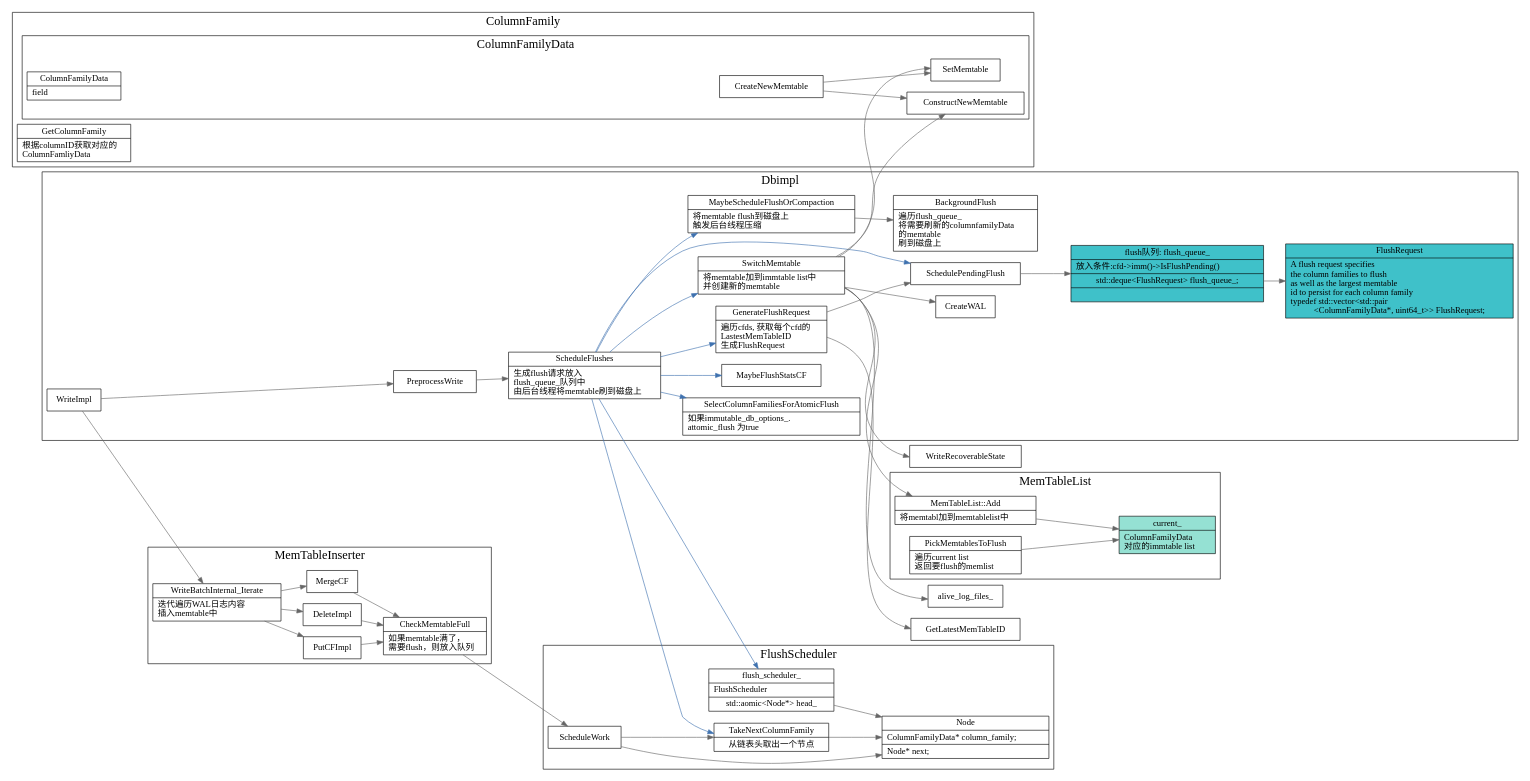
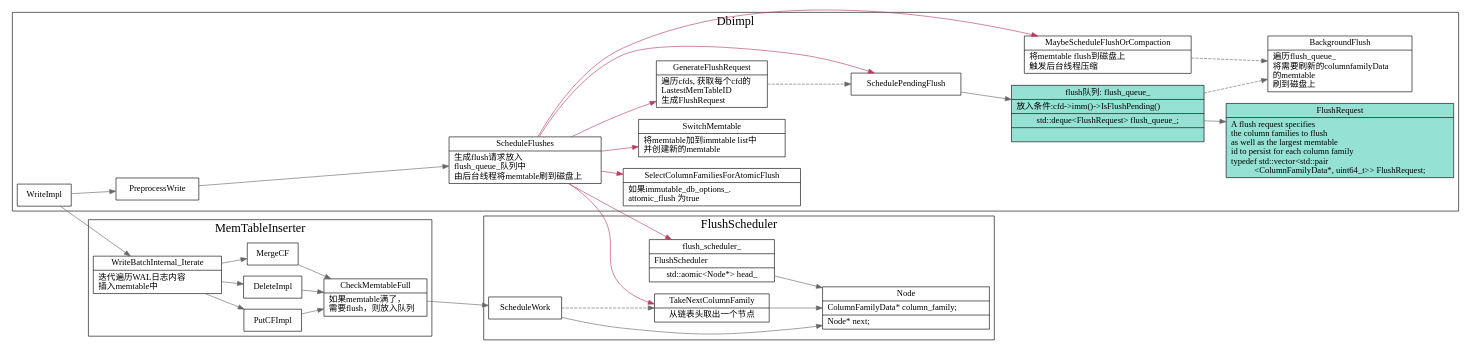
One commit to xieyu/blog changed the diagram in src/rocksdb/flush_queue_put_detail.dot. Above: the diagram before and after it, drawn with Graphviz. The commit also changed 24 other files, not shown here.

```diff
--- a/src/rocksdb/flush_queue_put_detail.dot
+++ b/src/rocksdb/flush_queue_put_detail.dot
@@ -16,12 +16,11 @@
     FlushScheduler;
     SelectColumnFamiliesForAtomicFlush;
     TakeNextColumnFamily;
-    MaybeFlushStatsCF;
     SwitchMemtable;
     GenerateFlushRequest;
     SchedulePendingFlush;
     MaybeScheduleFlushOrCompaction;
-  }[color="#3f72af"]
+  }[color="#b83b5e"]
 
   SelectColumnFamiliesForAtomicFlush[shape="record";
     label="{{
@@ -42,7 +41,6 @@
       生成FlushRequest\l
     }}";
   ];
-  GenerateFlushRequest -> GetLatestMemTableID;
   {
     edge[style=dashed;color=gray40];
   }
@@ -56,42 +54,6 @@
       并创建新的memtable\l
     }}";
   ];
-  SwitchMemtable -> {
-    WriteRecoverableState;
-    ConstructNewMemtable;
-    CreateWAL;
-    SetMemtable;
-    MemTableList_Add;
-    alive_log_files_;
-  };
-
-  subgraph cluster_MemTableList {
-    graph[label="MemTableList";fontsize=20;];
-    MemTableList_Add[shape="record";
-        label="{{
-          MemTableList::Add|
-          将memtabl加到memtablelist中\l
-        }}";
-    ];
-    MemTableList_Add -> current_;
-    PickMemtablesToFlush -> current_;
-    PickMemtablesToFlush[shape="record";
-      label="{{
-        PickMemtablesToFlush|
-        遍历current list\l
-        返回要flush的memlist\l
-      }}";
-    ];
-    current_[shape="record";
-      fillcolor="#95e1d3"
-      style=filled;
-      label="{{
-        current_|
-        ColumnFamilyData\l 
-        对应的immtable list\l
-      }}";
-    ];
-  }
 
   subgraph cluster_MemTableInsert {
     graph[label="MemTableInserter";fontsize=20;];
@@ -148,6 +110,7 @@
       }}";
     ];
   }
+  /*
   subgraph cluster_ColumnFamily {
     graph[label="ColumnFamily";fontsize=20;];
     GetColumnFamily[shape="record";
@@ -171,10 +134,10 @@
       }
     }
   }
+  */
 
   subgraph cluster_DBImpl{
     graph[label="Dbimpl";fontsize=20;];
-    CreateWAL;
     MaybeScheduleFlushOrCompaction[
       shape="record";
       label="{{
@@ -188,12 +151,12 @@
     PreprocessWrite;
     ScheduleFlushes;
     SelectColumnFamiliesForAtomicFlush;
-    MaybeFlushStatsCF;
     SchedulePendingFlush;
     GenerateFlushRequest;
-    flush_queue_[shape="record";
+    flush_queue_[
+      shape="record";
       style=filled
-      fillcolor="#3fc1c9"
+      fillcolor="#95e1d3"
       label="{{
         flush队列: flush_queue_|
           放入条件:cfd-\>imm()-\>IsFlushPending()\l|
@@ -202,7 +165,7 @@
     ];
     FlushRequest[shape="record";
       style=filled
-      fillcolor="#3fc1c9"
+      fillcolor="#95e1d3"
       label="{{
         FlushRequest|
           A flush request specifies\l 
@@ -226,16 +189,8 @@
 
   //data depends relationship
   {
-    /*
     edge[style=dashed;color=gray40];
     flush_queue_ -> BackgroundFlush;
-    {
-      SelectColumnFamiliesForAtomicFlush; 
-      TakeNextColumnFamily
-    } -> MaybeFlushStatsCF -> {
-      SwitchMemtable;
-      GenerateFlushRequest;
-    }*/
     GenerateFlushRequest -> SchedulePendingFlush;
     MaybeScheduleFlushOrCompaction -> BackgroundFlush;
     ScheduleWork -> TakeNextColumnFamily;
```
